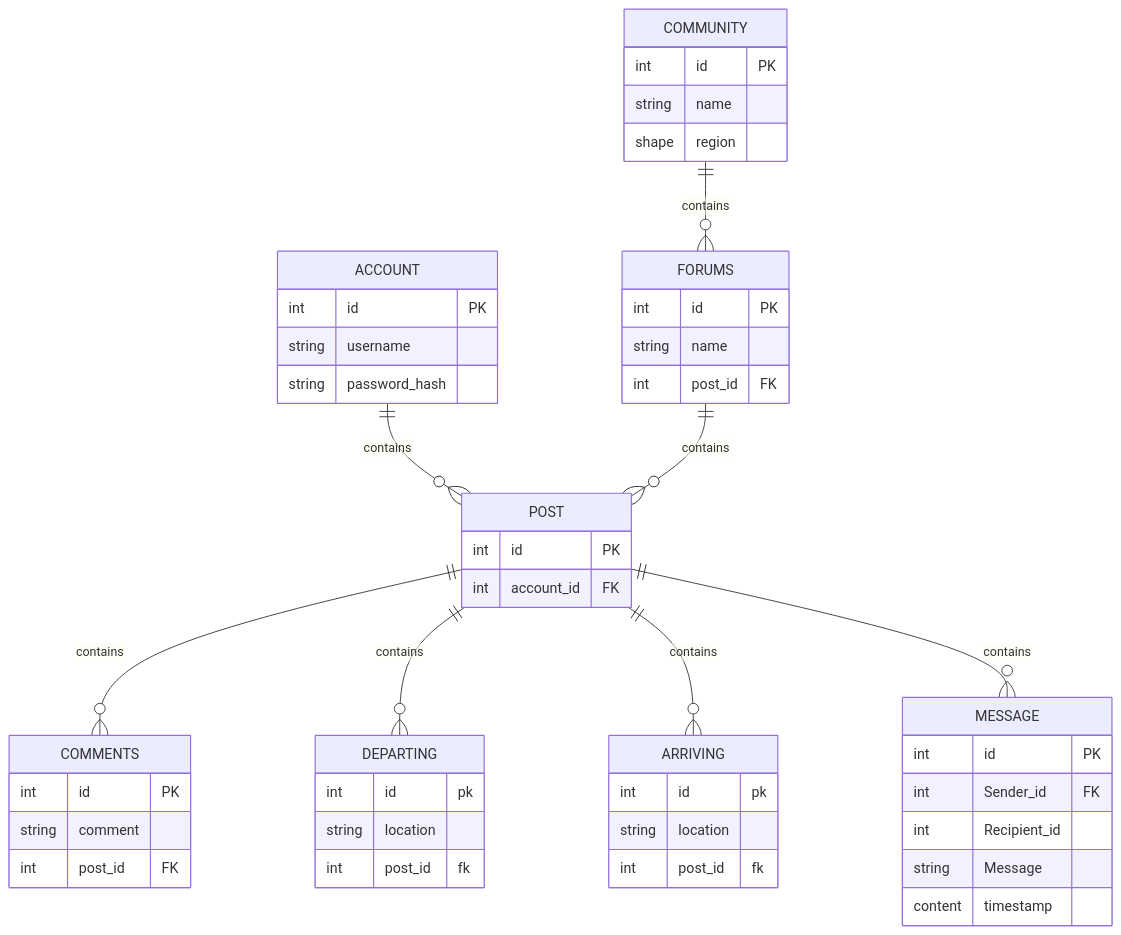
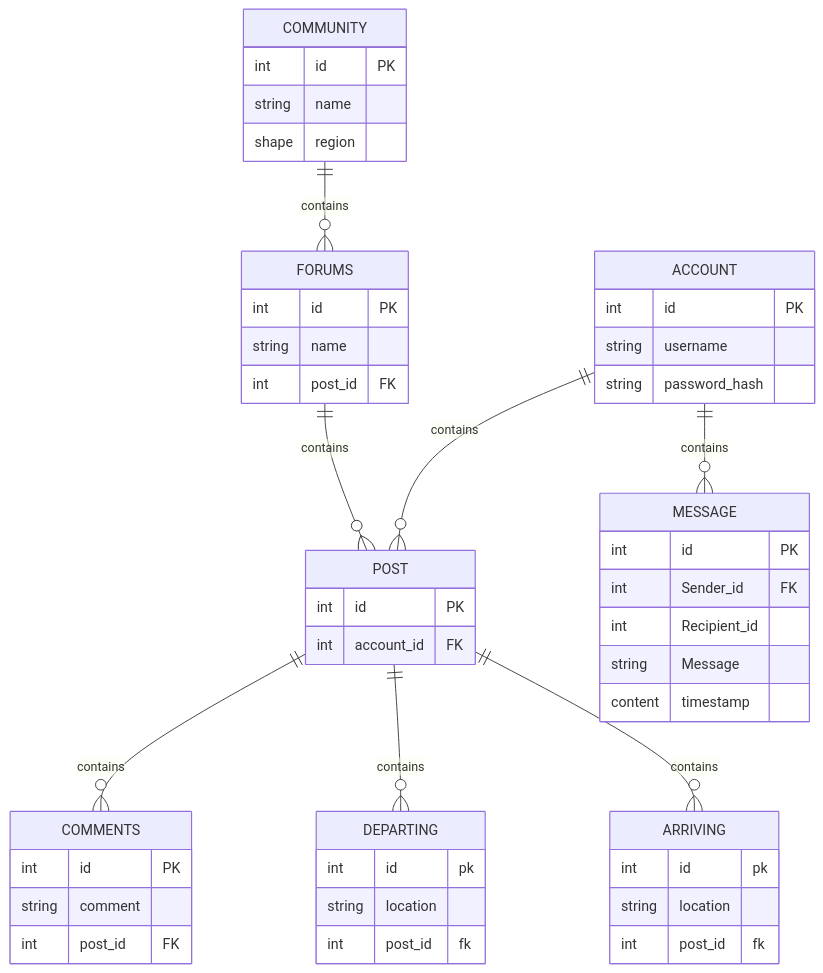
One commit to byui-cse397/2024WinCSE490PCP changed the diagram in ProjectManagement/WhitePapers/DevelopmentEnvironment/DatabaseWhitepaper.md. Above: the diagram before and after it, drawn with Mermaid.

````diff
--- a/ProjectManagement/WhitePapers/DevelopmentEnvironment/DatabaseWhitepaper.md
+++ b/ProjectManagement/WhitePapers/DevelopmentEnvironment/DatabaseWhitepaper.md
@@ -118,62 +118,62 @@
 ```mermaid
 erDiagram
     ACCOUNT {
         int id PK
         string username
         string password_hash
     }
     POST {
         int id PK
         int account_id FK
     }
     
     ACCOUNT ||--o{ POST : contains
 
     COMMENTS {
         int id PK
         string comment
         int post_id FK
     }
 
     POST ||--o{ COMMENTS : contains
 
     DEPARTING {
         int id pk
         string location
         int post_id fk
     }
 
     POST ||--o{ DEPARTING : contains
 
     ARRIVING {
         int id pk
         string location
         int post_id fk
     }
 
     POST ||--o{ ARRIVING : contains
 
     COMMUNITY ||--o{ FORUMS : contains
     COMMUNITY {
         int id PK
         string name
         shape region
     }
 
     FORUMS ||--o{ POST : contains
     FORUMS {
         int id PK
         string name
         int post_id FK
     }
 
-     POST ||--o{ MESSAGE: contains
+     ACCOUNT ||--o{ MESSAGE: contains
     MESSAGE{
         int id PK
         int Sender_id FK
         int Recipient_id
         string Message content
         timestamp
     }
 
 ```
````
